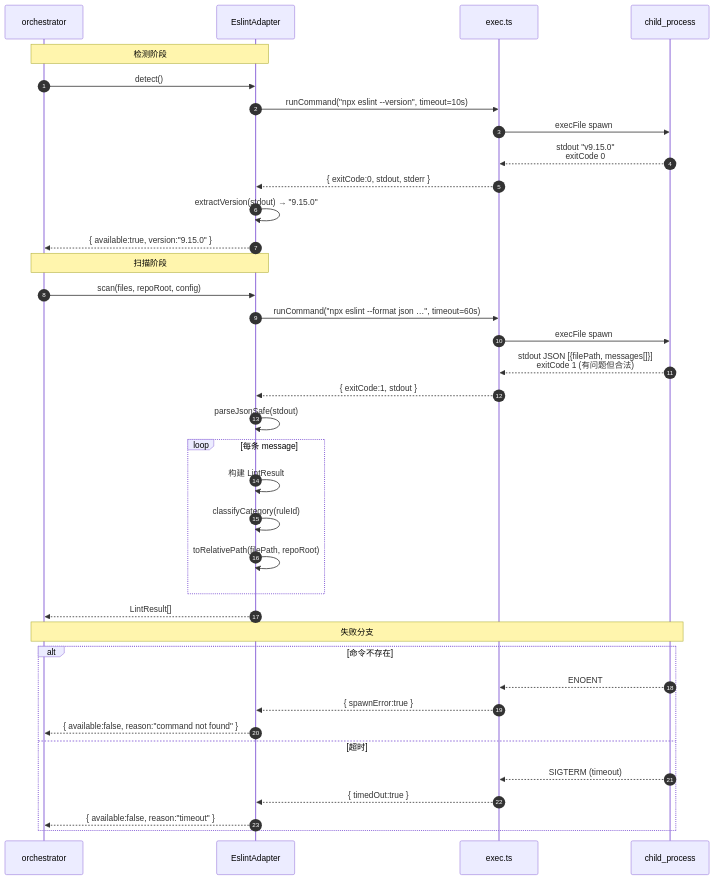
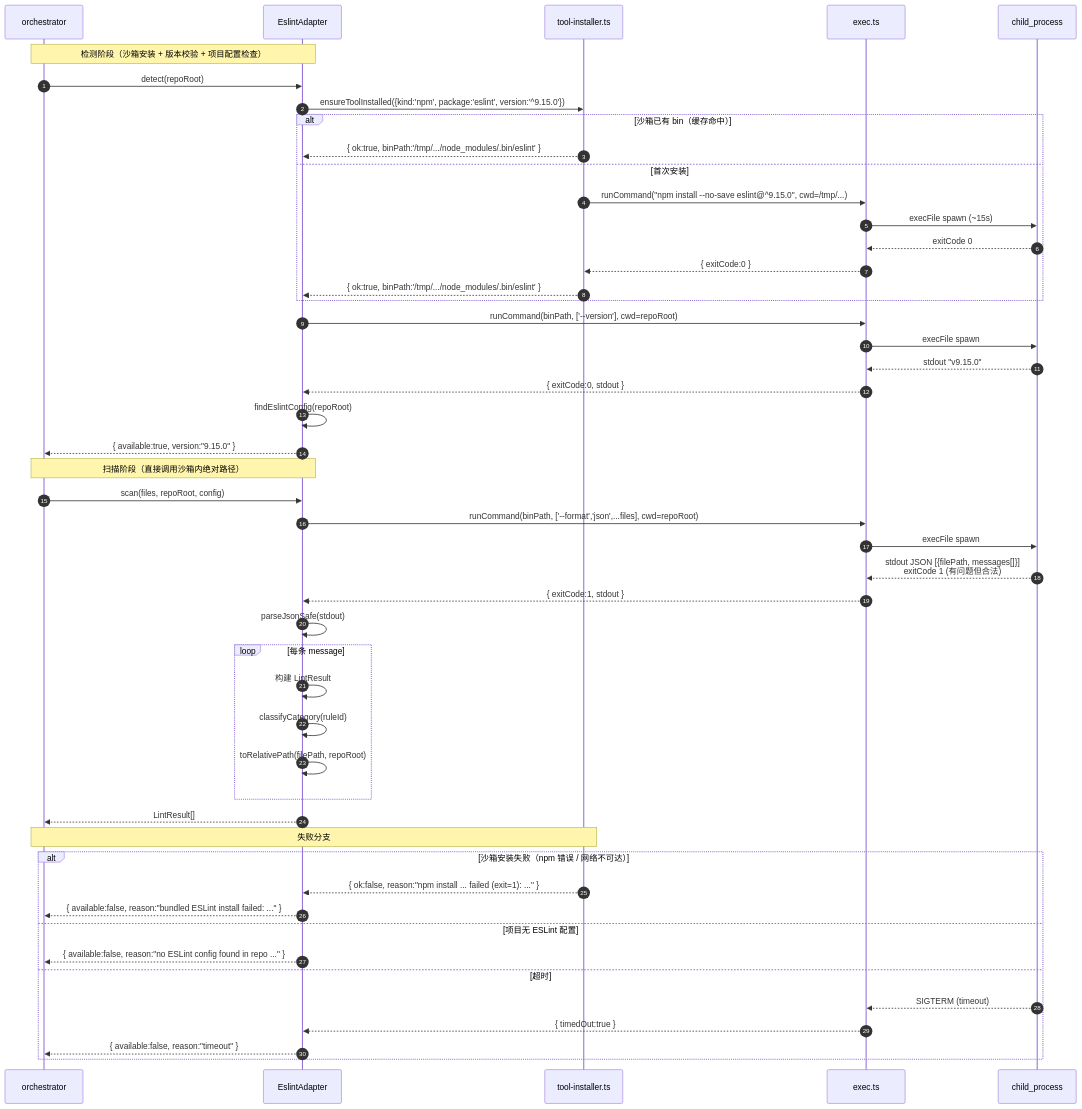
The fifth of 9 diagrams in docs/07-linter-sast-architecture.md (CodesSentinels/ai-reviewer), drawn with Mermaid before and after one commit. The commit also changed other lines of this file and 1 other file, not shown here.

Commit message:
feat:更新文档

````diff
--- a/docs/07-linter-sast-architecture.md
+++ b/docs/07-linter-sast-architecture.md
@@ -327,42 +327,54 @@
 ```mermaid
 sequenceDiagram
   autonumber
   participant O as orchestrator
   participant A as EslintAdapter
+  participant I as tool-installer.ts
   participant E as exec.ts
   participant CP as child_process
 
-  Note over O,A: 检测阶段
-  O->>A: detect()
-  A->>E: runCommand("npx eslint --version", timeout=10s)
+  Note over O,A: 检测阶段（沙箱安装 + 版本校验 + 项目配置检查）
+  O->>A: detect(repoRoot)
+  A->>I: ensureToolInstalled({kind:'npm', package:'eslint', version:'^9.15.0'})
+  alt 沙箱已有 bin（缓存命中）
+    I-->>A: { ok:true, binPath:'/tmp/.../node_modules/.bin/eslint' }
+  else 首次安装
+    I->>E: runCommand("npm install --no-save eslint@^9.15.0", cwd=/tmp/...)
+    E->>CP: execFile spawn (~15s)
+    CP-->>E: exitCode 0
+    E-->>I: { exitCode:0 }
+    I-->>A: { ok:true, binPath:'/tmp/.../node_modules/.bin/eslint' }
+  end
+  A->>E: runCommand(binPath, ['--version'], cwd=repoRoot)
   E->>CP: execFile spawn
-  CP-->>E: stdout "v9.15.0"<br/>exitCode 0
-  E-->>A: { exitCode:0, stdout, stderr }
-  A->>A: extractVersion(stdout) → "9.15.0"
+  CP-->>E: stdout "v9.15.0"
+  E-->>A: { exitCode:0, stdout }
+  A->>A: findEslintConfig(repoRoot)
   A-->>O: { available:true, version:"9.15.0" }
 
-  Note over O,A: 扫描阶段
+  Note over O,A: 扫描阶段（直接调用沙箱内绝对路径）
   O->>A: scan(files, repoRoot, config)
-  A->>E: runCommand("npx eslint --format json …", timeout=60s)
+  A->>E: runCommand(binPath, ['--format','json',...files], cwd=repoRoot)
   E->>CP: execFile spawn
   CP-->>E: stdout JSON [{filePath, messages[]}]<br/>exitCode 1 (有问题但合法)
   E-->>A: { exitCode:1, stdout }
   A->>A: parseJsonSafe(stdout)
   loop 每条 message
     A->>A: 构建 LintResult
     A->>A: classifyCategory(ruleId)
     A->>A: toRelativePath(filePath, repoRoot)
   end
   A-->>O: LintResult[]
 
-  Note over O,CP: 失败分支
-  alt 命令不存在
-    CP-->>E: ENOENT
-    E-->>A: { spawnError:true }
-    A-->>O: { available:false, reason:"command not found" }
+  Note over O,I: 失败分支
+  alt 沙箱安装失败（npm 错误 / 网络不可达）
+    I-->>A: { ok:false, reason:"npm install ... failed (exit=1): ..." }
+    A-->>O: { available:false, reason:"bundled ESLint install failed: ..." }
+  else 项目无 ESLint 配置
+    A-->>O: { available:false, reason:"no ESLint config found in repo ..." }
   else 超时
     CP-->>E: SIGTERM (timeout)
     E-->>A: { timedOut:true }
     A-->>O: { available:false, reason:"timeout" }
   end
 ```
````
